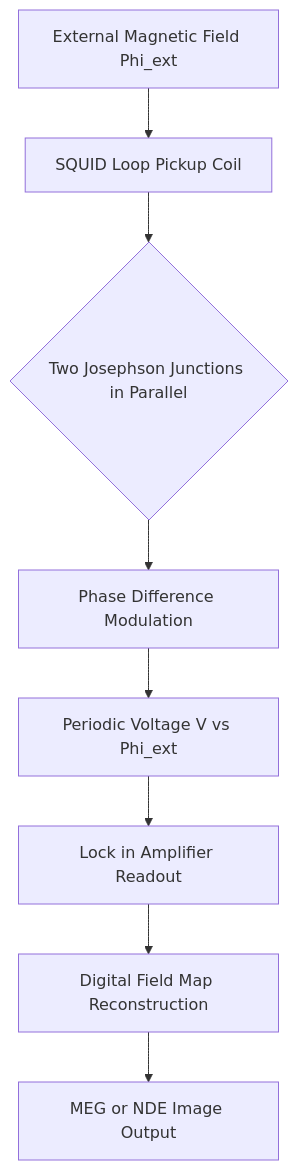
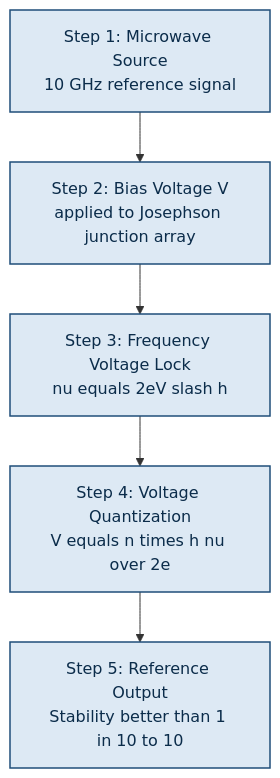
The third of 3 diagrams in public/notes/computer-science-and-engineering/semester-1/gapht121-physics-for-information-science/01-module-1-electrical-conductivity/applications-of-superconductors/notes.md (vishnuu-kr/ktunode), drawn with Mermaid before and after one commit. The commit also changed other lines of this file and 4829 other files, not shown here.

````diff
--- a/public/notes/computer-science-and-engineering/semester-1/gapht121-physics-for-information-science/01-module-1-electrical-conductivity/applications-of-superconductors/notes.md
+++ b/public/notes/computer-science-and-engineering/semester-1/gapht121-physics-for-information-science/01-module-1-electrical-conductivity/applications-of-superconductors/notes.md
@@ -419,10 +475,13 @@
 ```mermaid
 flowchart TD
-    S0[External Magnetic Field Phi_ext] --> S1[SQUID Loop Pickup Coil]
-    S1 --> S2{Two Josephson Junctions in Parallel}
-    S2 --> S3[Phase Difference Modulation]
-    S3 --> S4[Periodic Voltage V vs Phi_ext]
-    S4 --> S5[Lock in Amplifier Readout]
-    S5 --> S6[Digital Field Map Reconstruction]
-    S6 --> S7[MEG or NDE Image Output]
+    S1[Step 1: Microwave Source<br>10 GHz reference signal]
+    S2[Step 2: Bias Voltage V<br>applied to Josephson junction array]
+    S3[Step 3: Frequency Voltage Lock<br>nu equals 2eV slash h]
+    S4[Step 4: Voltage Quantization<br>V equals n times h nu over 2e]
+    S5[Step 5: Reference Output<br>Stability better than 1 in 10 to 10]
+
+    S1 --> S2 --> S3 --> S4 --> S5
+
+    classDef step fill:#dde9f4,stroke:#1f4e79,color:#0b2c4a,stroke-width:1.5px
+    class S1,S2,S3,S4,S5 step
 ```
````
